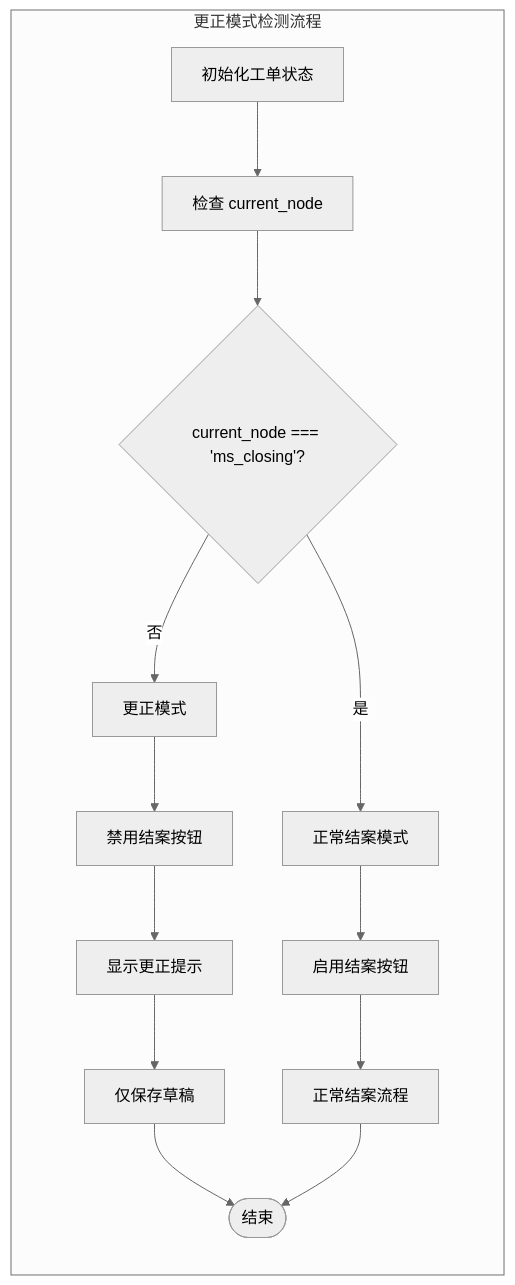
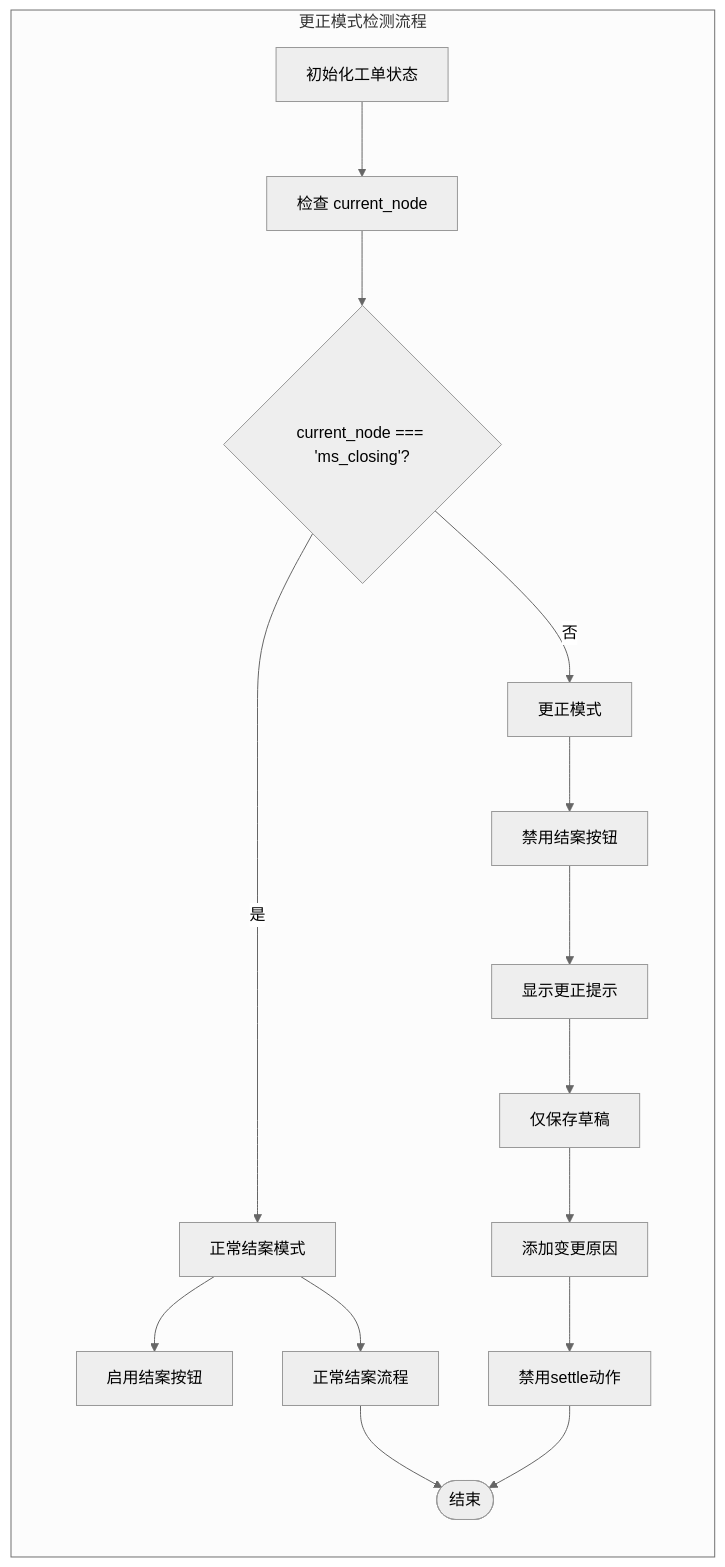
Before and after one commit to CubeEdge/Longhorn: the fifth of 9 diagrams in .qoder/repowiki/zh/content/前端组件架构/服务工作流增强/结案交接模态框.md, drawn with Mermaid (neutral theme). The commit also changed other lines of this file and 118 other files, not shown here.

````diff
--- a/.qoder/repowiki/zh/content/前端组件架构/服务工作流增强/结案交接模态框.md
+++ b/.qoder/repowiki/zh/content/前端组件架构/服务工作流增强/结案交接模态框.md
@@ -224,16 +228,18 @@
 ```mermaid
 flowchart LR
 subgraph "更正模式检测流程"
 Init[初始化工单状态] --> CheckNode[检查 current_node]
 CheckNode --> IsClosing{current_node === 'ms_closing'?}
 IsClosing --> |是| NormalMode[正常结案模式]
 IsClosing --> |否| CorrectMode[更正模式]
 NormalMode --> EnableSettle[启用结案按钮]
 CorrectMode --> DisableSettle[禁用结案按钮]
 DisableSettle --> ShowWarning[显示更正提示]
 ShowWarning --> SaveOnly[仅保存草稿]
-EnableSettle --> Proceed[正常结案流程]
-SaveOnly --> End([结束])
+SaveOnly --> AddReason[添加变更原因]
+AddReason --> DisableSettleAction[禁用settle动作]
+DisableSettleAction --> End([结束])
+NormalMode --> Proceed[正常结案流程]
 Proceed --> End
 end
 ```
````
